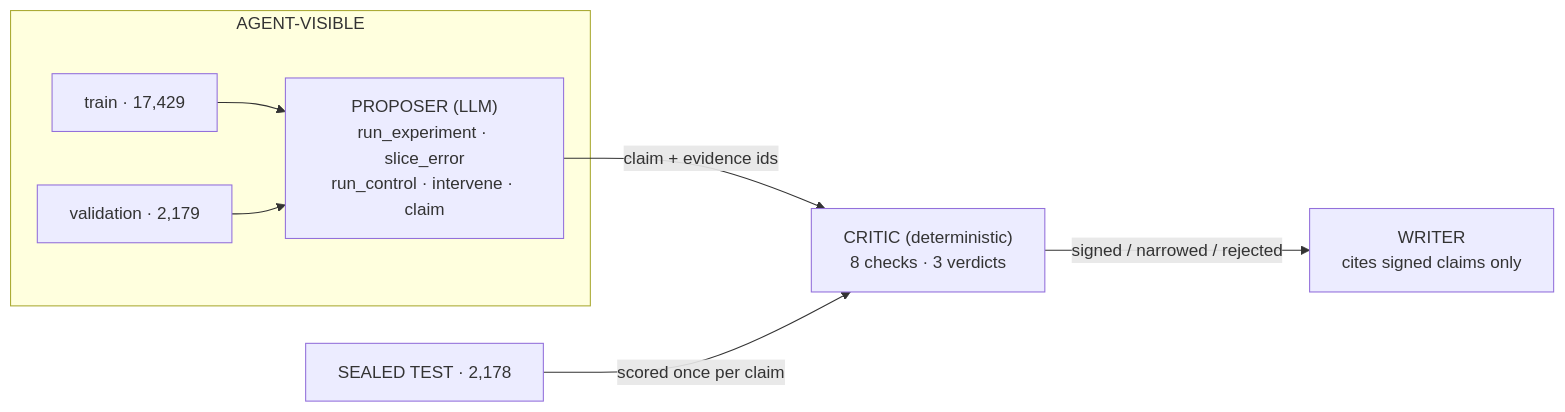
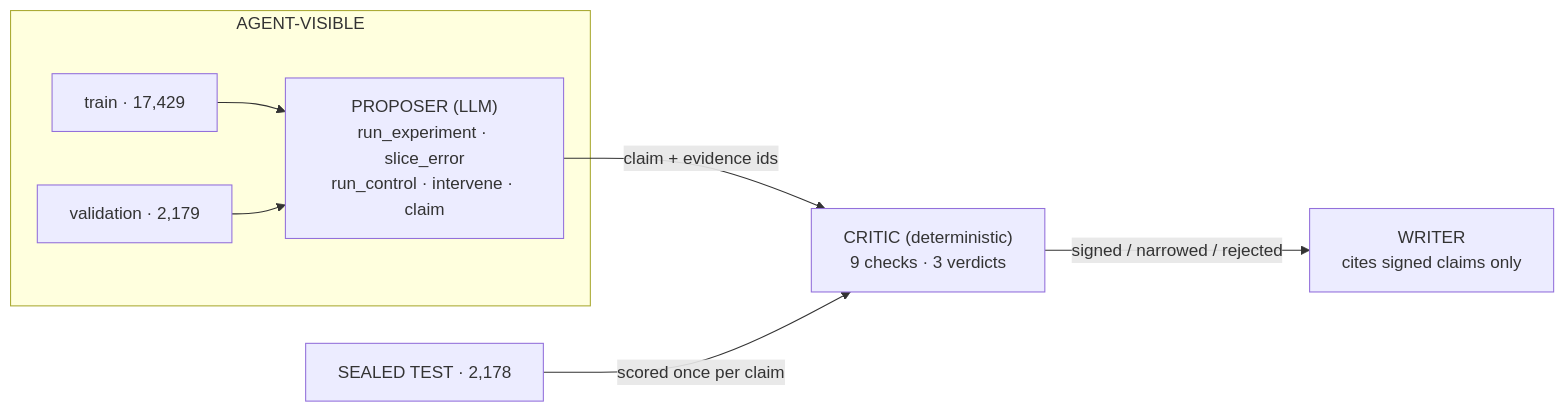
One commit to stepanyanraffi15-cyber/qm8-research-harness changed the diagram in README.md. Above: the diagram before and after it, drawn with Mermaid. The commit also changed other lines of this file, not shown here.

````diff
--- a/README.md
+++ b/README.md
@@ -145,14 +98,14 @@
 ```mermaid
 flowchart LR
   subgraph AV["AGENT-VISIBLE"]
     TR["train · 17,429"] --> P["PROPOSER (LLM)
 run_experiment · slice_error
 run_control · intervene · claim"]
     VA["validation · 2,179"] --> P
   end
   P -- "claim + evidence ids" --> C["CRITIC (deterministic)
-8 checks · 3 verdicts"]
+9 checks · 3 verdicts"]
   ST["SEALED TEST · 2,178"] -- "scored once per claim" --> C
   C -- "signed / narrowed / rejected" --> W["WRITER
 cites signed claims only"]
 ```
````
